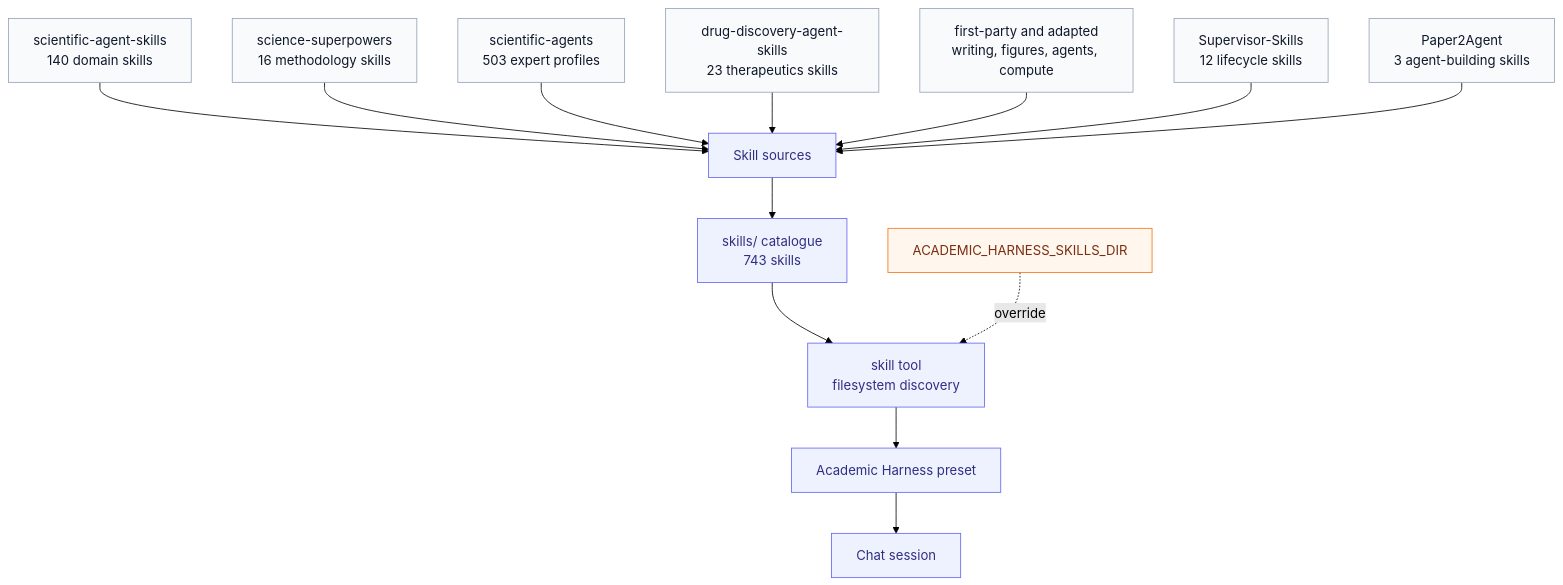
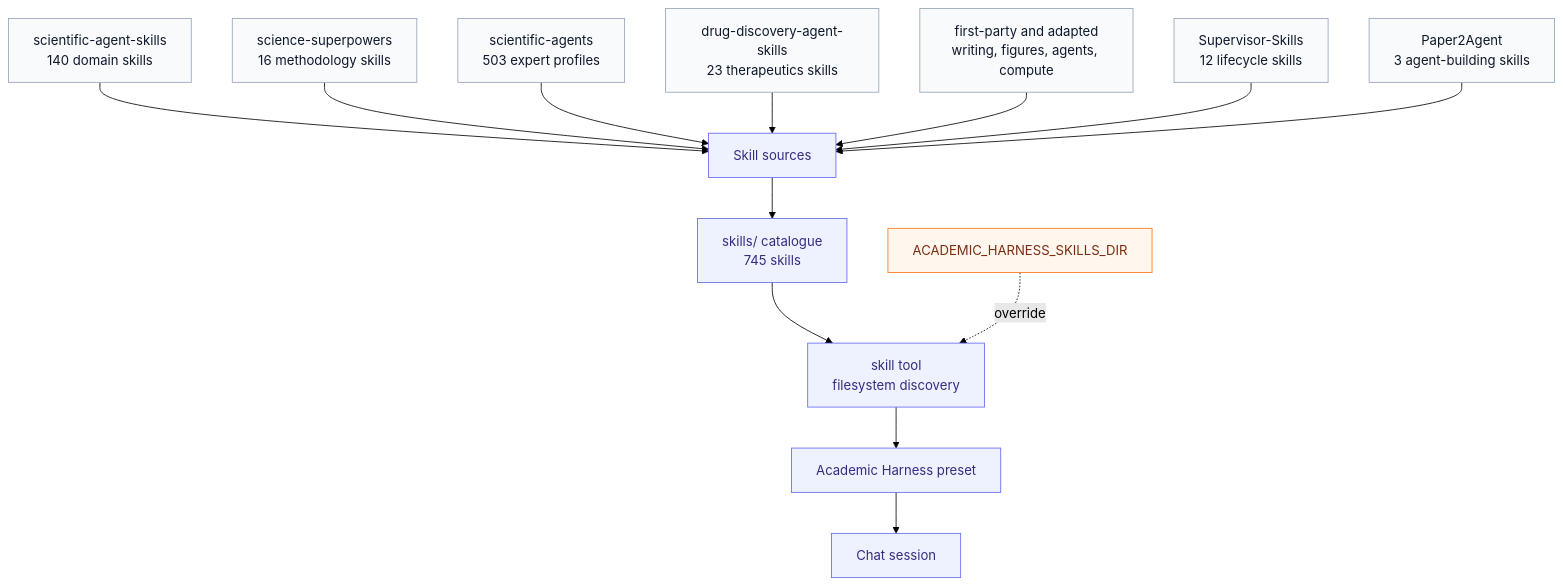
The diagram in docs/diagrams/skills-map.mmd (raktim-mondol/academic-harness), drawn with Mermaid (forest theme) before and after one commit. The commit also changed 41 other files, not shown here.

```diff
--- a/docs/diagrams/skills-map.mmd
+++ b/docs/diagrams/skills-map.mmd
@@ -1,23 +1,23 @@
 flowchart TD
-  sources[Skill sources] --> catalogue[skills/ catalogue<br/>743 skills]
+  sources[Skill sources] --> catalogue[skills/ catalogue<br/>745 skills]
   s1[scientific-agent-skills<br/>140 domain skills] --> sources
   s2[science-superpowers<br/>16 methodology skills] --> sources
   s3[scientific-agents<br/>503 expert profiles] --> sources
   s4[drug-discovery-agent-skills<br/>23 therapeutics skills] --> sources
   s5[first-party and adapted<br/>writing, figures, agents, compute] --> sources
   s6[Supervisor-Skills<br/>12 lifecycle skills] --> sources
   s7[Paper2Agent<br/>3 agent-building skills] --> sources
 
   catalogue --> loader[skill tool<br/>filesystem discovery]
   env[ACADEMIC_HARNESS_SKILLS_DIR] -. override .-> loader
   loader --> preset[Academic Harness preset]
   preset --> session[Chat session]
 
   classDef source fill:#f8fafc,stroke:#94a3b8,color:#0f172a
   classDef catalogue fill:#ecfdf5,stroke:#059669,color:#064e3b
   classDef env fill:#fff7ed,stroke:#f97316,color:#7c2d12
   classDef step fill:#eef2ff,stroke:#6366f1,color:#312e81
   class s1,s2,s3,s4,s5,s6,s7 source
   class catalogue,preset step
   class env env
   class loader,session,sources step
```
